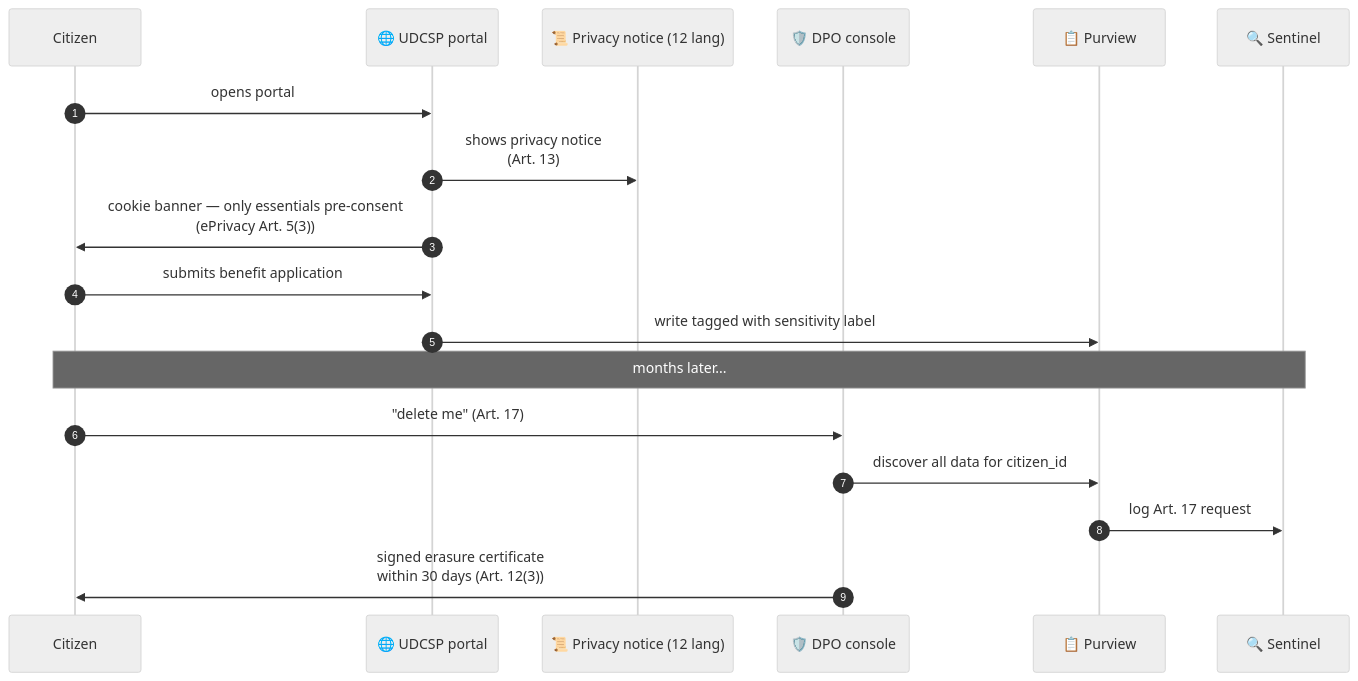
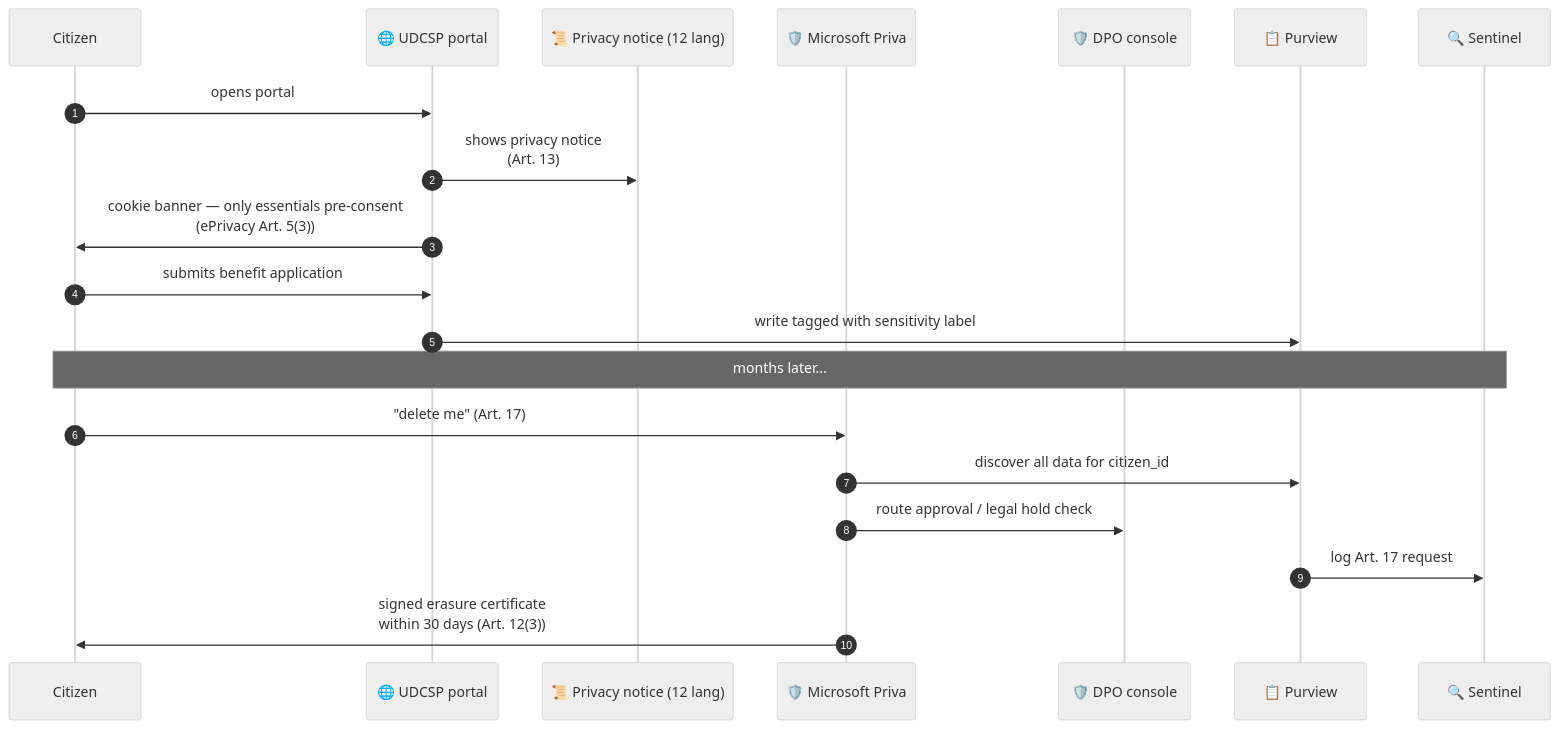
One commit to fredgis/UDCSP changed the second of 3 diagrams in docs/biz/datacompliance.md. Above: the diagram before and after it, drawn with Mermaid (neutral theme). The commit also changed other lines of this file and 193 other files, not shown here.

````diff
--- a/docs/biz/datacompliance.md
+++ b/docs/biz/datacompliance.md
@@ -210,21 +210,23 @@
 ```mermaid
 sequenceDiagram
     autonumber
     participant Citizen
     participant Portal as 🌐 UDCSP portal
     participant Notice as 📜 Privacy notice (12 lang)
+    participant PRIVA as 🛡️ Microsoft Priva
     participant DPO as 🛡️ DPO console
     participant PV as 📋 Purview
     participant SENT as 🔍 Sentinel
 
     Citizen->>Portal: opens portal
     Portal->>Notice: shows privacy notice<br/>(Art. 13)
     Portal->>Citizen: cookie banner — only essentials pre-consent<br/>(ePrivacy Art. 5(3))
     Citizen->>Portal: submits benefit application
     Portal->>PV: write tagged with sensitivity label
     Note over Citizen,SENT: months later...
-    Citizen->>DPO: "delete me" (Art. 17)
-    DPO->>PV: discover all data for citizen_id
+    Citizen->>PRIVA: "delete me" (Art. 17)
+    PRIVA->>PV: discover all data for citizen_id
+    PRIVA->>DPO: route approval / legal hold check
     PV->>SENT: log Art. 17 request
-    DPO->>Citizen: signed erasure certificate<br/>within 30 days (Art. 12(3))
+    PRIVA->>Citizen: signed erasure certificate<br/>within 30 days (Art. 12(3))
 ```
````
